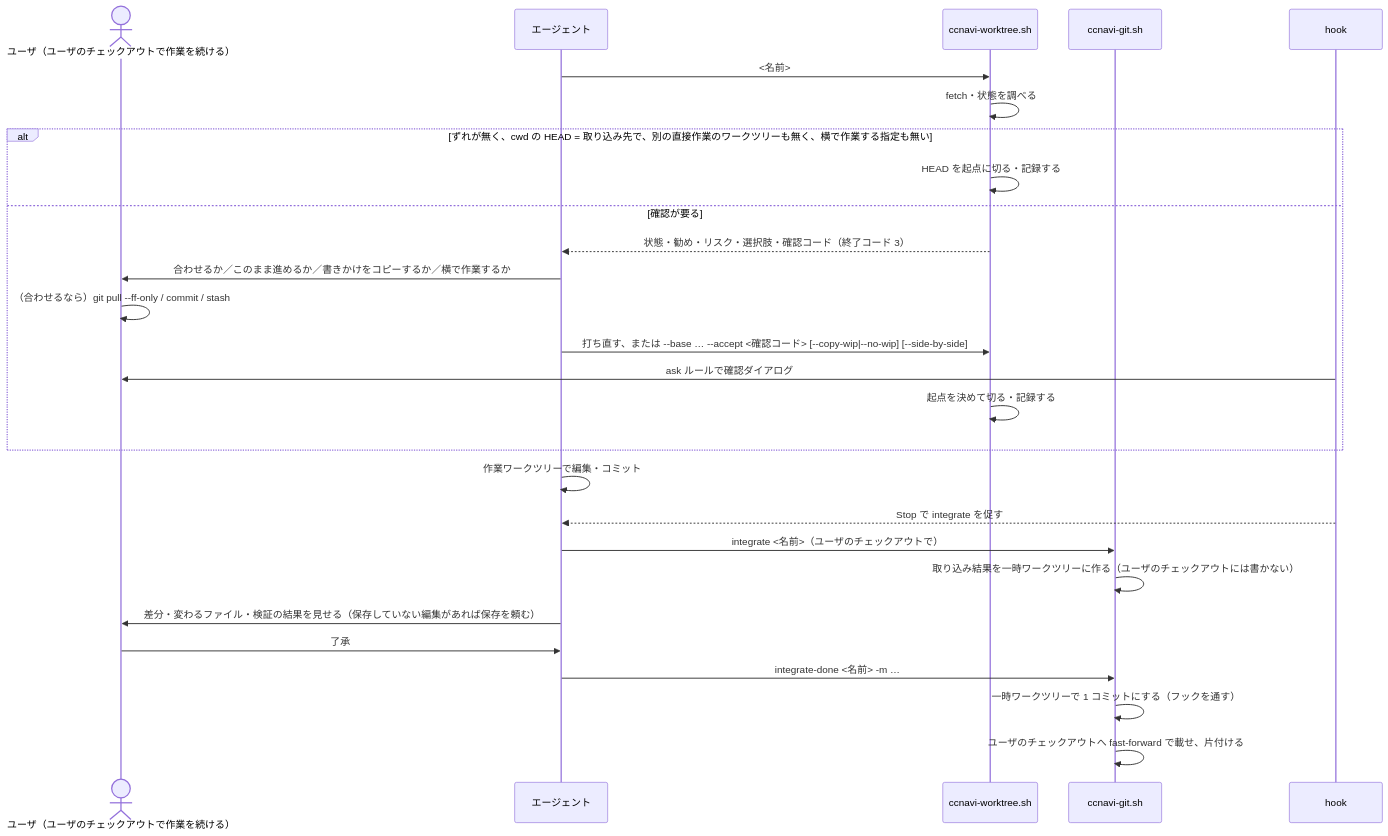
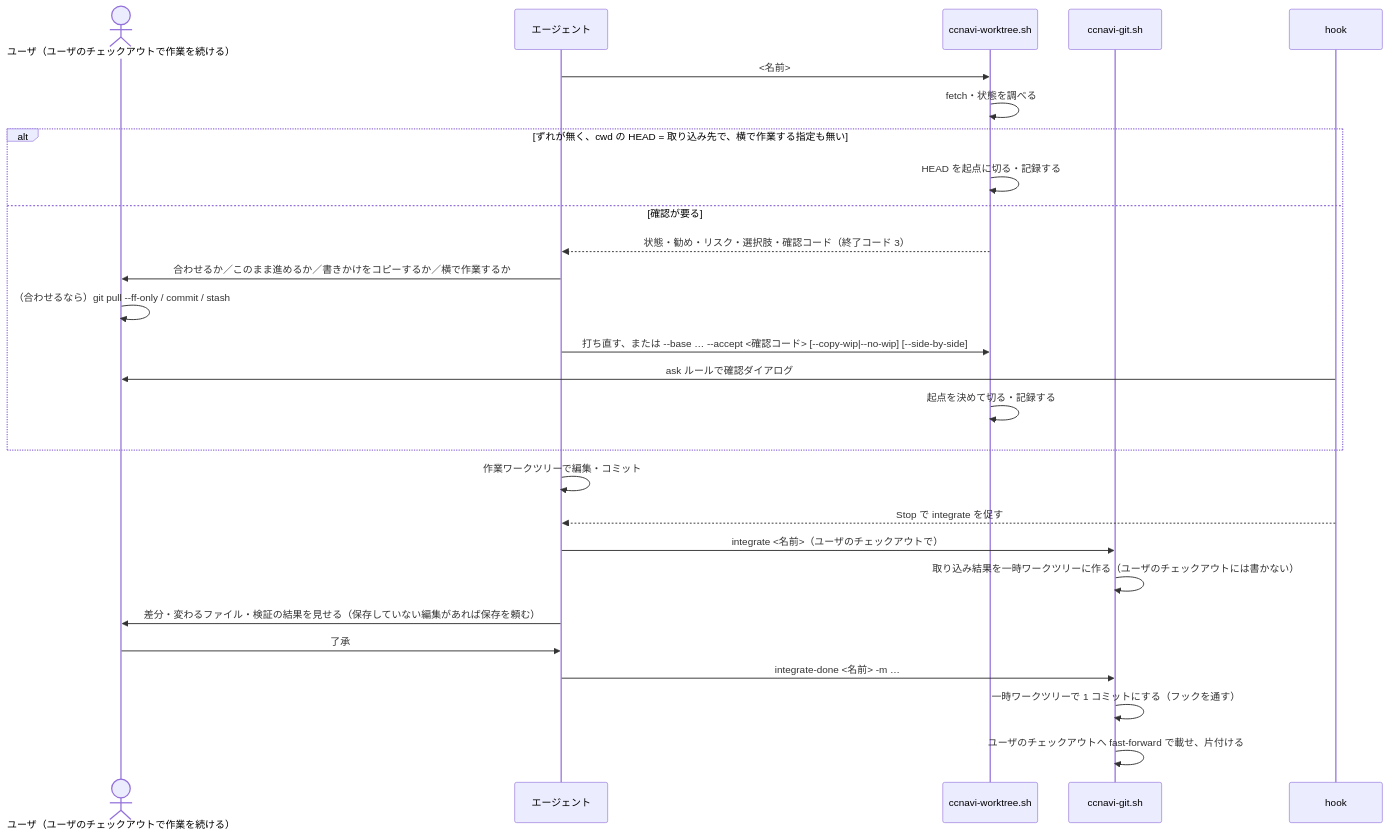
One commit to yuki-matsu783/ccnavi changed the diagram in .ccnavi/docs/direct-flow.md. Above: the diagram before and after it, drawn with Mermaid. The commit also changed other lines of this file and 7 other files, not shown here.

````diff
--- a/.ccnavi/docs/direct-flow.md
+++ b/.ccnavi/docs/direct-flow.md
@@ -43,29 +43,29 @@
 ```mermaid
 sequenceDiagram
   actor U as ユーザ（ユーザのチェックアウトで作業を続ける）
   participant A as エージェント
   participant W as ccnavi-worktree.sh
   participant G as ccnavi-git.sh
   participant H as hook
   A->>W: <名前>
   W->>W: fetch・状態を調べる
-  alt ずれが無く、cwd の HEAD = 取り込み先で、別の直接作業のワークツリーも無く、横で作業する指定も無い
+  alt ずれが無く、cwd の HEAD = 取り込み先で、横で作業する指定も無い
     W->>W: HEAD を起点に切る・記録する
   else 確認が要る
     W-->>A: 状態・勧め・リスク・選択肢・確認コード（終了コード 3）
     A->>U: 合わせるか／このまま進めるか／書きかけをコピーするか／横で作業するか
     U->>U: （合わせるなら）git pull --ff-only / commit / stash
     A->>W: 打ち直す、または --base … --accept <確認コード> [--copy-wip|--no-wip] [--side-by-side]
     H->>U: ask ルールで確認ダイアログ
     W->>W: 起点を決めて切る・記録する
   end
   A->>A: 作業ワークツリーで編集・コミット
   H-->>A: Stop で integrate を促す
   A->>G: integrate <名前>（ユーザのチェックアウトで）
   G->>G: 取り込み結果を一時ワークツリーに作る（ユーザのチェックアウトには書かない）
   A->>U: 差分・変わるファイル・検証の結果を見せる（保存していない編集があれば保存を頼む）
   U->>A: 了承
   A->>G: integrate-done <名前> -m …
   G->>G: 一時ワークツリーで 1 コミットにする（フックを通す）
   G->>G: ユーザのチェックアウトへ fast-forward で載せ、片付ける
 ```
````
